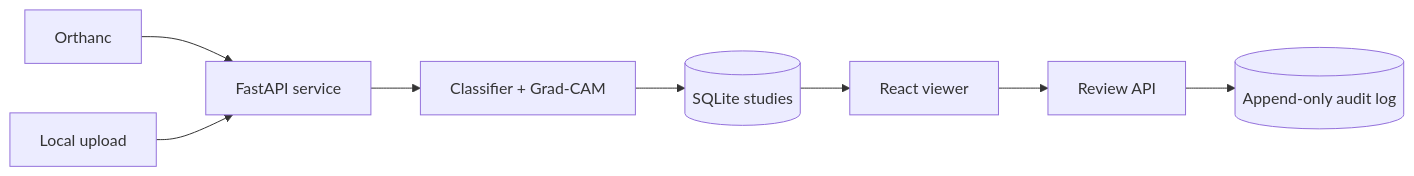
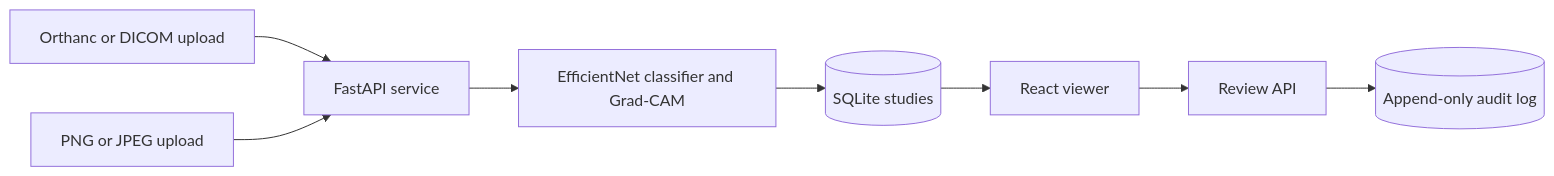
One commit to Arjun-Sai-Charan/aiml-capstone changed the diagram in AIML-02/docs/architecture.md. Above: the diagram before and after it, drawn with Mermaid. The commit also changed other lines of this file and 16 other files, not shown here.

````diff
--- a/AIML-02/docs/architecture.md
+++ b/AIML-02/docs/architecture.md
@@ -5,10 +5,10 @@
 ```mermaid
 flowchart LR
- O[Orthanc] --> S[FastAPI service]
- U[Local upload] --> S
- S --> M[Classifier + Grad-CAM]
+ O[Orthanc or DICOM upload] --> S[FastAPI service]
+ U[PNG or JPEG upload] --> S
+ S --> M[EfficientNet classifier and Grad-CAM]
  M --> D[(SQLite studies)]
  D --> V[React viewer]
  V --> R[Review API]
  R --> A[(Append-only audit log)]
 ```
````
